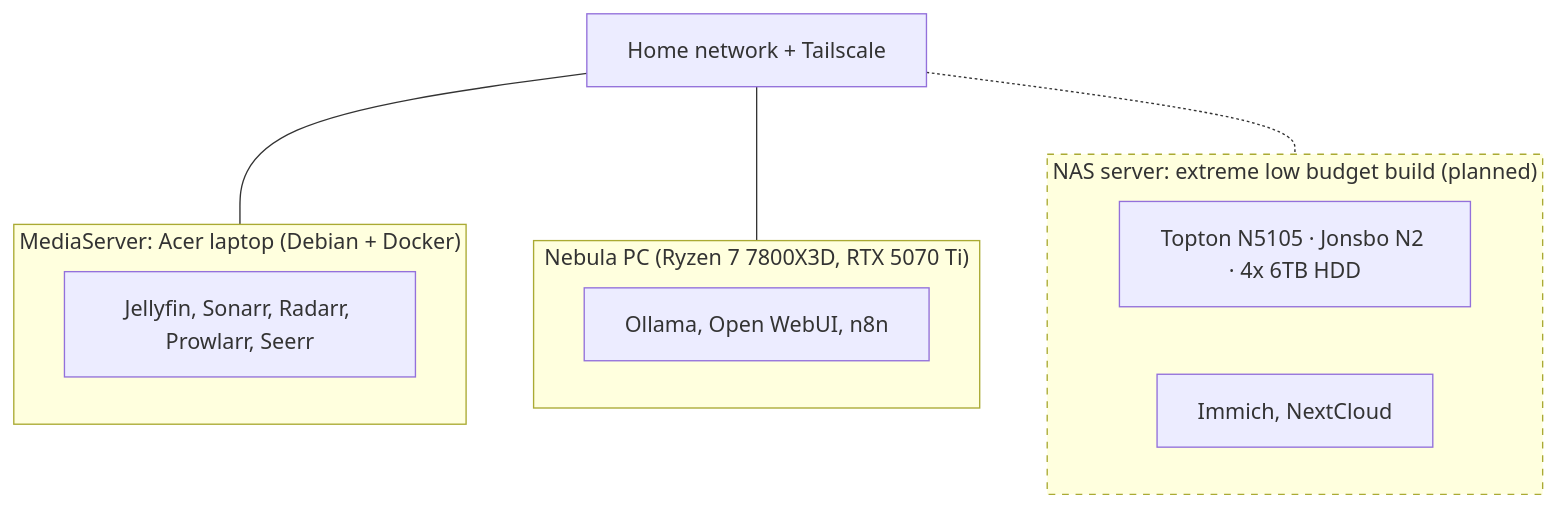
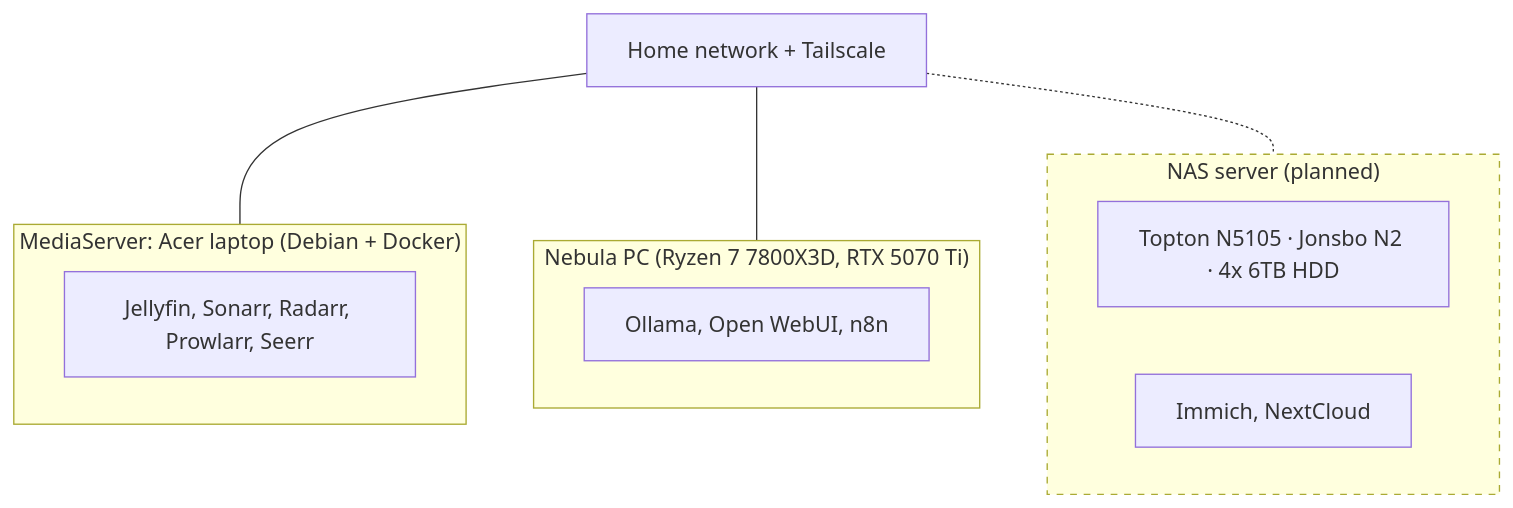
Before and after one commit to malvinkhan/HomeLab: the diagram in README.md, drawn with Mermaid.

````diff
--- a/README.md
+++ b/README.md
@@ -7,18 +7,18 @@
 ```mermaid
 flowchart TB
   NET["Home network + Tailscale"]
   subgraph MS["MediaServer: Acer laptop (Debian + Docker)"]
     M1["Jellyfin, Sonarr, Radarr, Prowlarr, Seerr"]
   end
   subgraph NB["Nebula PC (Ryzen 7 7800X3D, RTX 5070 Ti)"]
     N1["Ollama, Open WebUI, n8n"]
   end
-  subgraph NAS["NAS server: extreme low budget build (planned)"]
+  subgraph NAS["NAS server (planned)"]
     NA1["Topton N5105 · Jonsbo N2 · 4x 6TB HDD"]
     NA2["Immich, NextCloud"]
   end
   NET --- MS
   NET --- NB
   NET -.- NAS
   style NAS stroke-dasharray: 5 5
 ```
````
